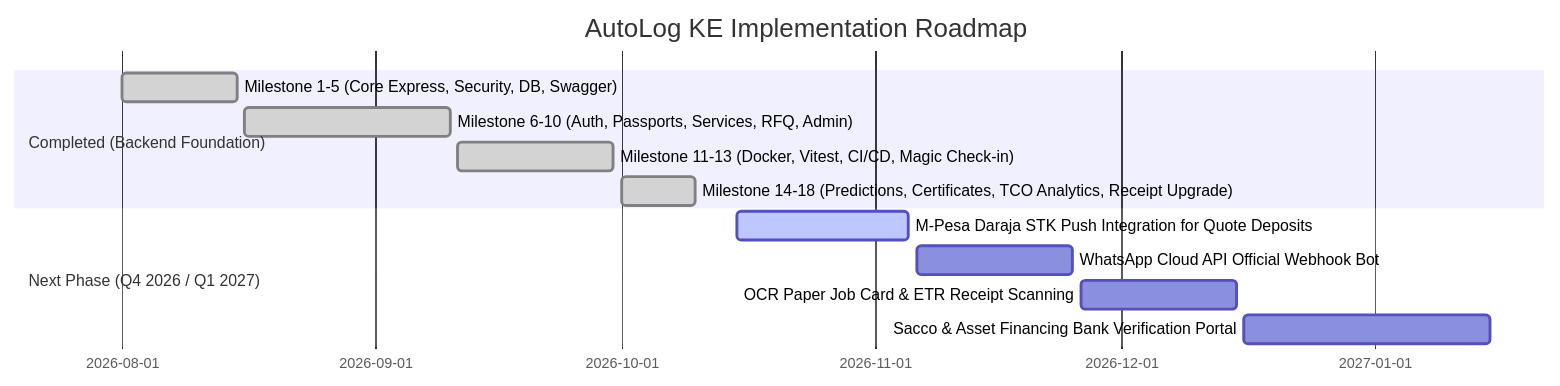
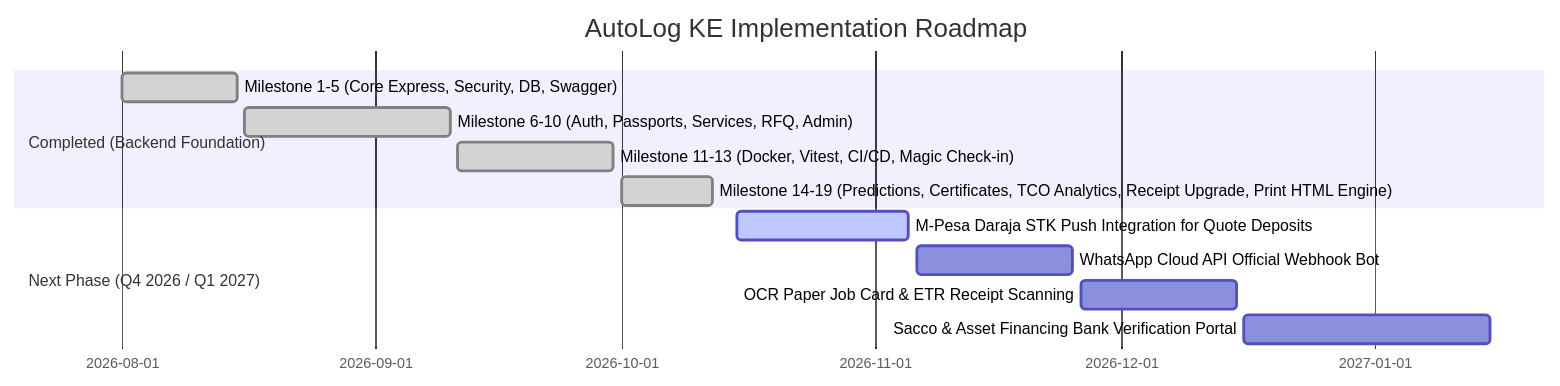
One commit to musaCODEzz/autolog-backend changed the diagram in docs/SYSTEM_LOOPHOLES_AND_IMPLEMENTATION.md. Above: the diagram before and after it, drawn with Mermaid. The commit also changed 9 other files, not shown here.

Commit message:
feat: printable HTML handover certificate view, OpenAPI specs, and 84 green tests (Milestone 19)

````diff
--- a/docs/SYSTEM_LOOPHOLES_AND_IMPLEMENTATION.md
+++ b/docs/SYSTEM_LOOPHOLES_AND_IMPLEMENTATION.md
@@ -53,15 +53,15 @@
 ```mermaid
 gantt
     title AutoLog KE Implementation Roadmap
     dateFormat  YYYY-MM-DD
     section Completed (Backend Foundation)
     Milestone 1-5 (Core Express, Security, DB, Swagger) :done, 2026-08-01, 2026-08-15
     Milestone 6-10 (Auth, Passports, Services, RFQ, Admin) :done, 2026-08-16, 2026-09-10
     Milestone 11-13 (Docker, Vitest, CI/CD, Magic Check-in) :done, 2026-09-11, 2026-09-30
-    Milestone 14-18 (Predictions, Certificates, TCO Analytics, Receipt Upgrade) :done, 2026-10-01, 2026-10-10
+    Milestone 14-19 (Predictions, Certificates, TCO Analytics, Receipt Upgrade, Print HTML Engine) :done, 2026-10-01, 2026-10-12
     section Next Phase (Q4 2026 / Q1 2027)
     M-Pesa Daraja STK Push Integration for Quote Deposits :active, 2026-10-15, 2026-11-05
     WhatsApp Cloud API Official Webhook Bot : 2026-11-06, 2026-11-25
     OCR Paper Job Card & ETR Receipt Scanning : 2026-11-26, 2026-12-15
     Sacco & Asset Financing Bank Verification Portal : 2026-12-16, 2027-01-15
 ```
````
